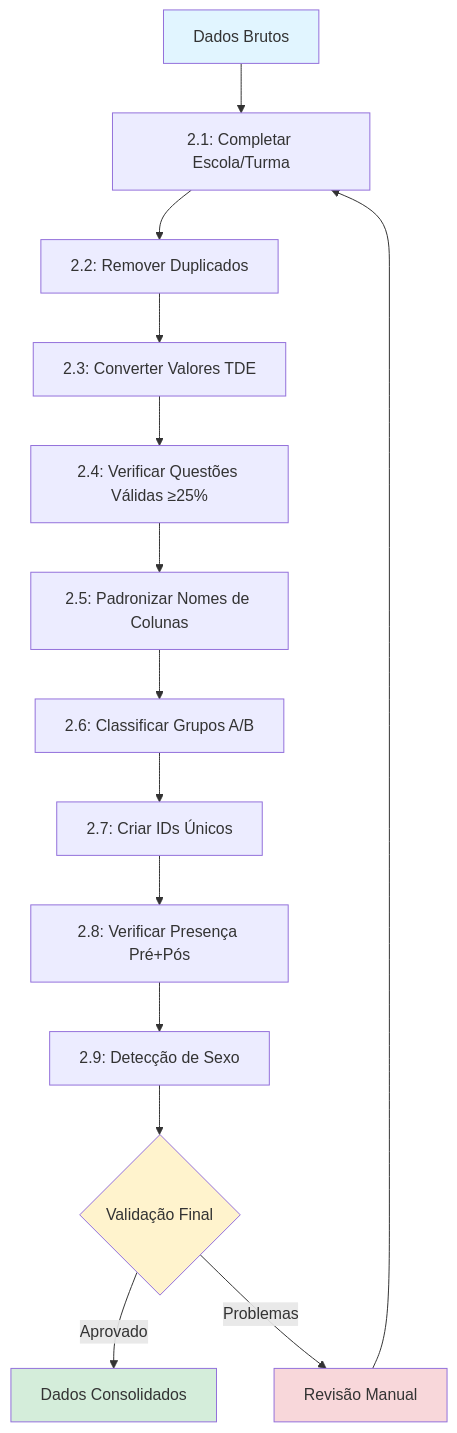
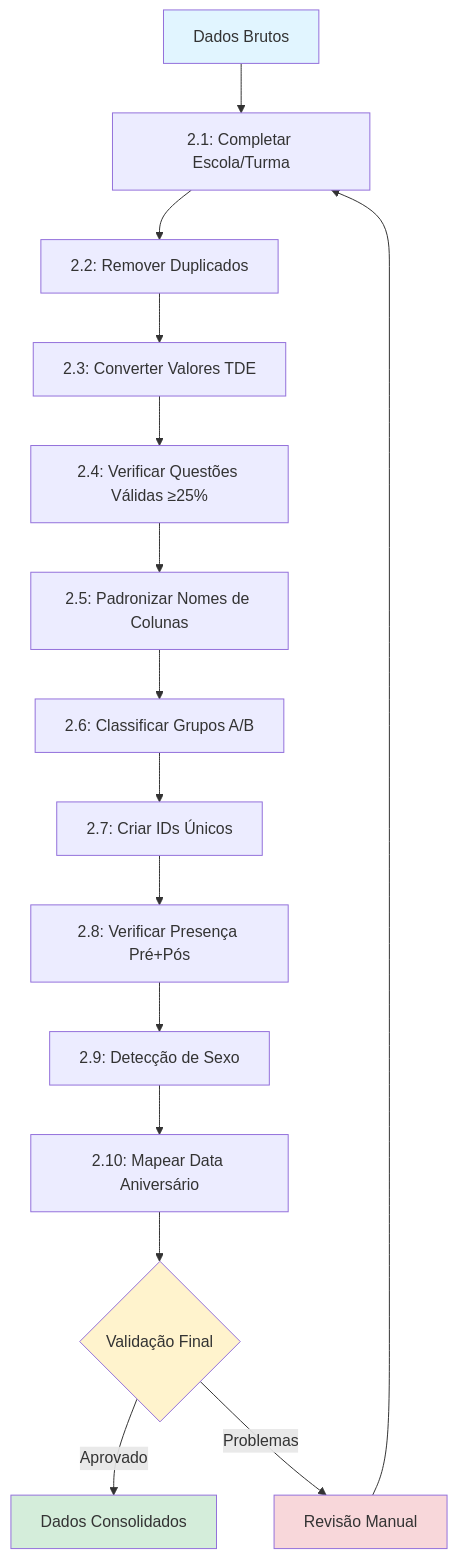
One commit to eltonsarmanho/AnaliseDadosWordGeneration changed the diagram in Metodologia/Preprocessamento.md. Above: the diagram before and after it, drawn with Mermaid. The commit also changed other lines of this file and 5 other files, not shown here.

````diff
--- a/Metodologia/Preprocessamento.md
+++ b/Metodologia/Preprocessamento.md
@@ -13,21 +13,22 @@
 ```mermaid
 graph TD
     A[Dados Brutos] --> B[2.1: Completar Escola/Turma]
     B --> C[2.2: Remover Duplicados]
     C --> D[2.3: Converter Valores TDE]
     D --> E[2.4: Verificar Questões Válidas ≥25%]
     E --> F[2.5: Padronizar Nomes de Colunas]
     F --> G[2.6: Classificar Grupos A/B]
     G --> H[2.7: Criar IDs Únicos]
     H --> I[2.8: Verificar Presença Pré+Pós]
     I --> J[2.9: Detecção de Sexo]
-    J --> K{Validação Final}
-    K -->|Aprovado| L[Dados Consolidados]
-    K -->|Problemas| M[Revisão Manual]
-    M --> B
+    J --> K[2.10: Mapear Data Aniversário]
+    K --> L{Validação Final}
+    L -->|Aprovado| M[Dados Consolidados]
+    L -->|Problemas| N[Revisão Manual]
+    N --> B
     
     style A fill:#e1f5ff
-    style L fill:#d4edda
-    style M fill:#f8d7da
-    style K fill:#fff3cd
+    style M fill:#d4edda
+    style N fill:#f8d7da
+    style L fill:#fff3cd
 ```
````
